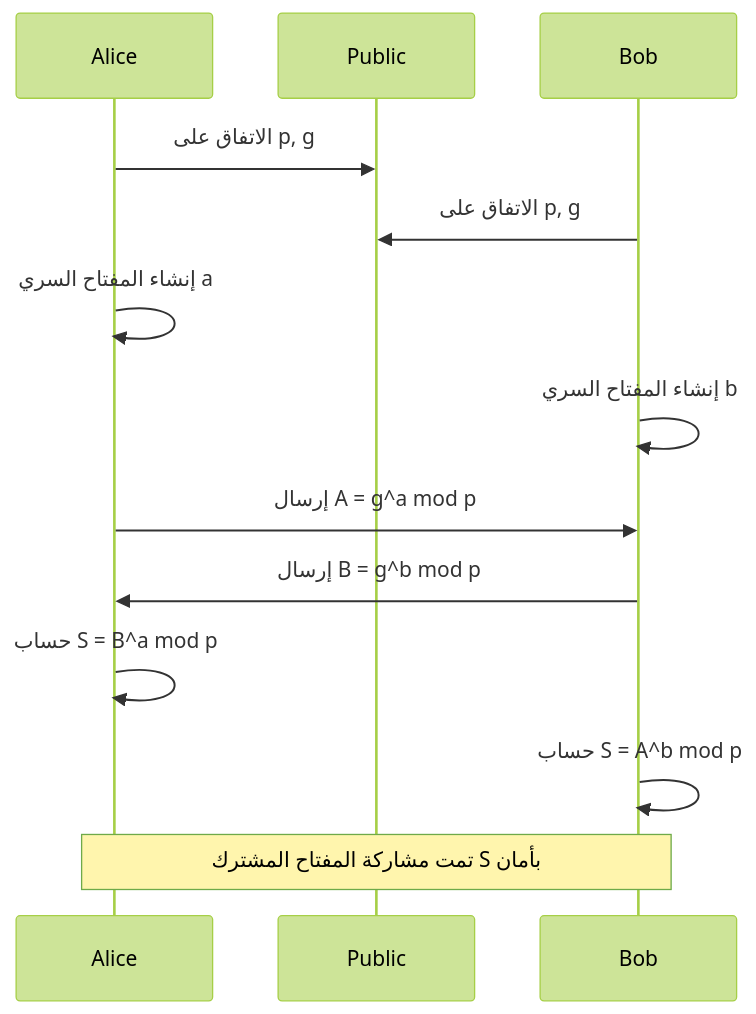
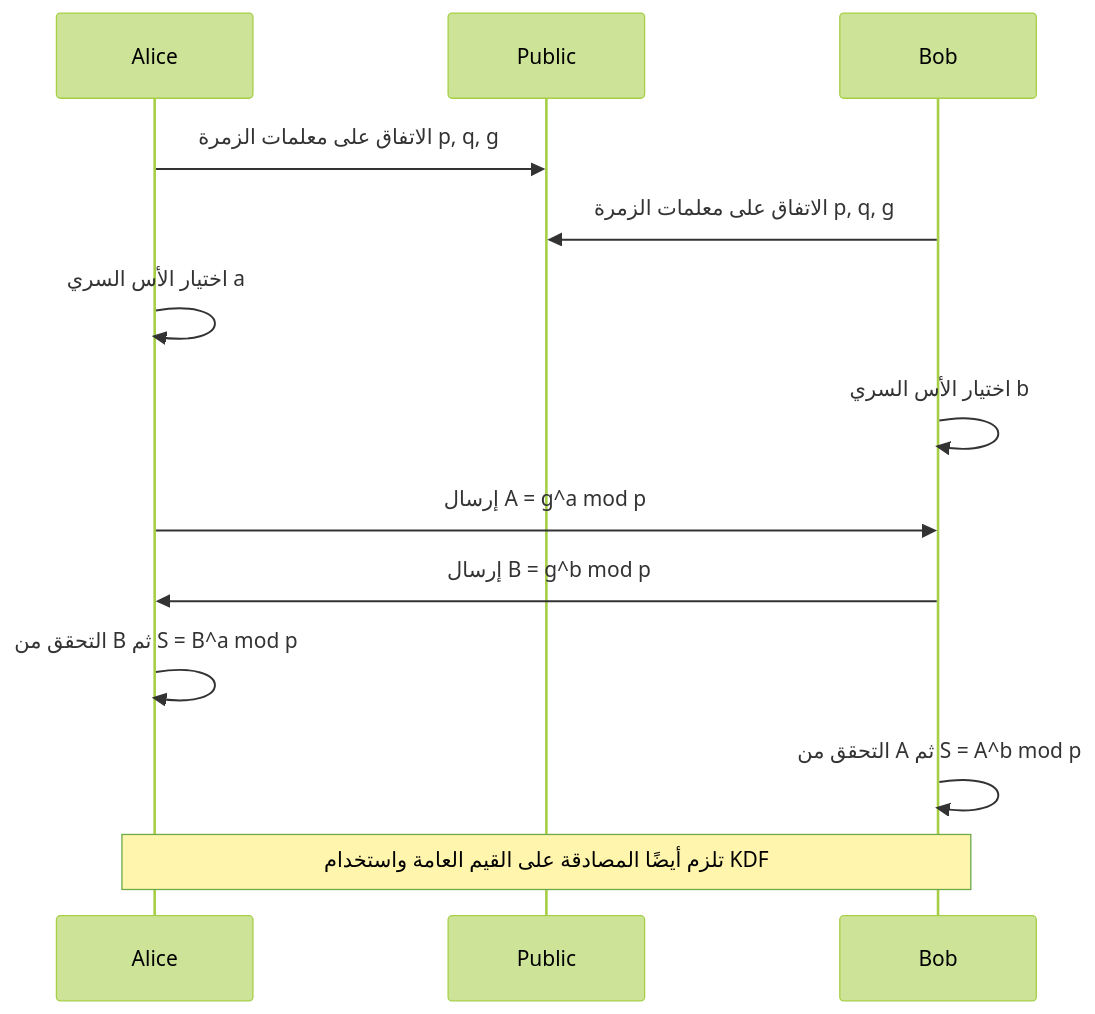
The first of 2 diagrams in content/post/public-key-cryptography-rsa-ecc/index.ar.md (kenjinote/blog), drawn with Mermaid (forest theme) before and after one commit. The commit also changed other lines of this file and 5 other files, not shown here.

````diff
--- a/content/post/public-key-cryptography-rsa-ecc/index.ar.md
+++ b/content/post/public-key-cryptography-rsa-ecc/index.ar.md
@@ -38,15 +50,15 @@
 ```mermaid
 sequenceDiagram
     participant Alice
     participant Public
     participant Bob
-    Alice->>Public: الاتفاق على p, g
-    Bob->>Public: الاتفاق على p, g
-    Alice->>Alice: إنشاء المفتاح السري a
-    Bob->>Bob: إنشاء المفتاح السري b
+    Alice->>Public: الاتفاق على معلمات الزمرة p, q, g
+    Bob->>Public: الاتفاق على معلمات الزمرة p, q, g
+    Alice->>Alice: اختيار الأس السري a
+    Bob->>Bob: اختيار الأس السري b
     Alice->>Bob: إرسال A = g^a mod p
     Bob->>Alice: إرسال B = g^b mod p
-    Alice->>Alice: حساب S = B^a mod p
-    Bob->>Bob: حساب S = A^b mod p
-    Note over Alice,Bob: تمت مشاركة المفتاح المشترك S بأمان
+    Alice->>Alice: التحقق من B ثم S = B^a mod p
+    Bob->>Bob: التحقق من A ثم S = A^b mod p
+    Note over Alice,Bob: تلزم أيضًا المصادقة على القيم العامة واستخدام KDF
 ```
````
